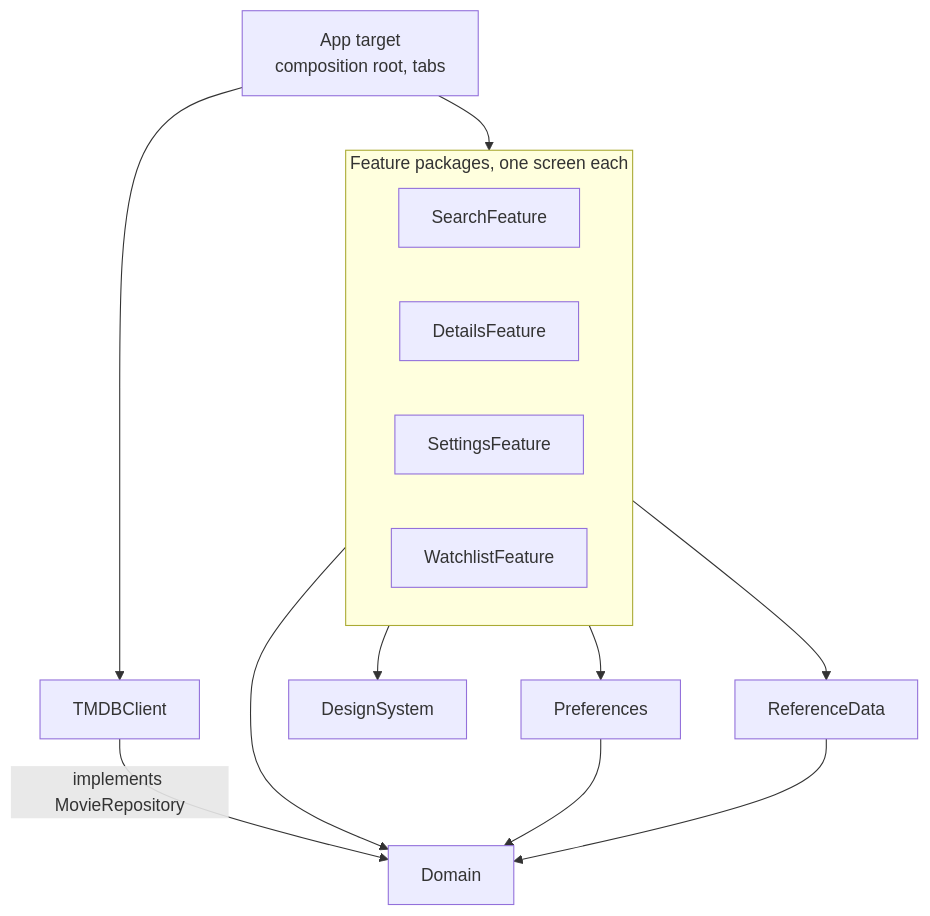
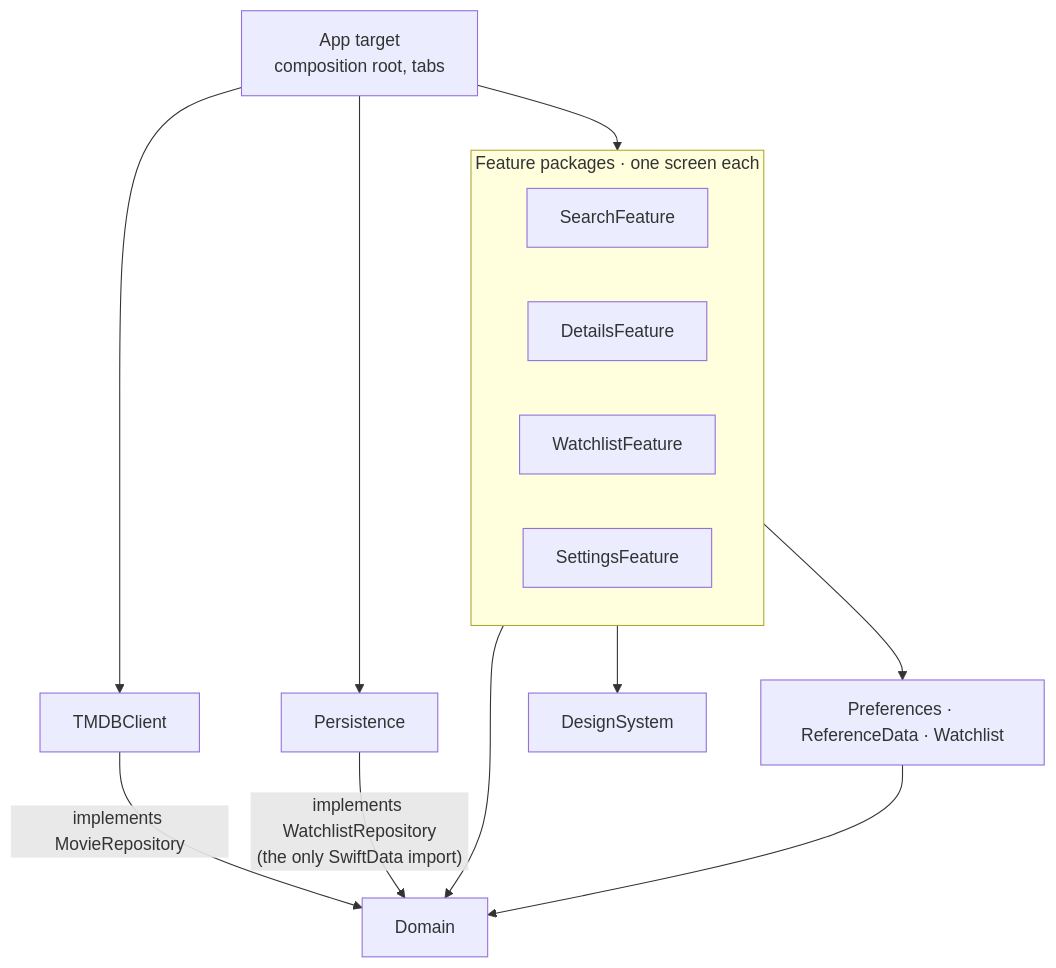
One commit to martingarcialopez/StreamIn changed the first of 2 diagrams in README.md. Above: the diagram before and after it, drawn with Mermaid. The commit also changed other lines of this file, not shown here.

````diff
--- a/README.md
+++ b/README.md
@@ -82,18 +66,18 @@
 ```mermaid
 flowchart TD
     App["App target<br/>composition root, tabs"] --> Features
     App --> TMDBClient
-    subgraph Features["Feature packages, one screen each"]
+    App --> Persistence
+    subgraph Features["Feature packages · one screen each"]
         Search[SearchFeature]
         Details[DetailsFeature]
+        WatchlistF[WatchlistFeature]
         Settings[SettingsFeature]
-        Watchlist[WatchlistFeature]
     end
     Features --> Domain
     Features --> DesignSystem
-    Features --> Preferences
-    Features --> ReferenceData
-    Preferences --> Domain
-    ReferenceData --> Domain
+    Features --> Shared["Preferences · ReferenceData · Watchlist"]
+    Shared --> Domain
     TMDBClient -- "implements MovieRepository" --> Domain
+    Persistence -- "implements WatchlistRepository<br/>(the only SwiftData import)" --> Domain
 ```
````
